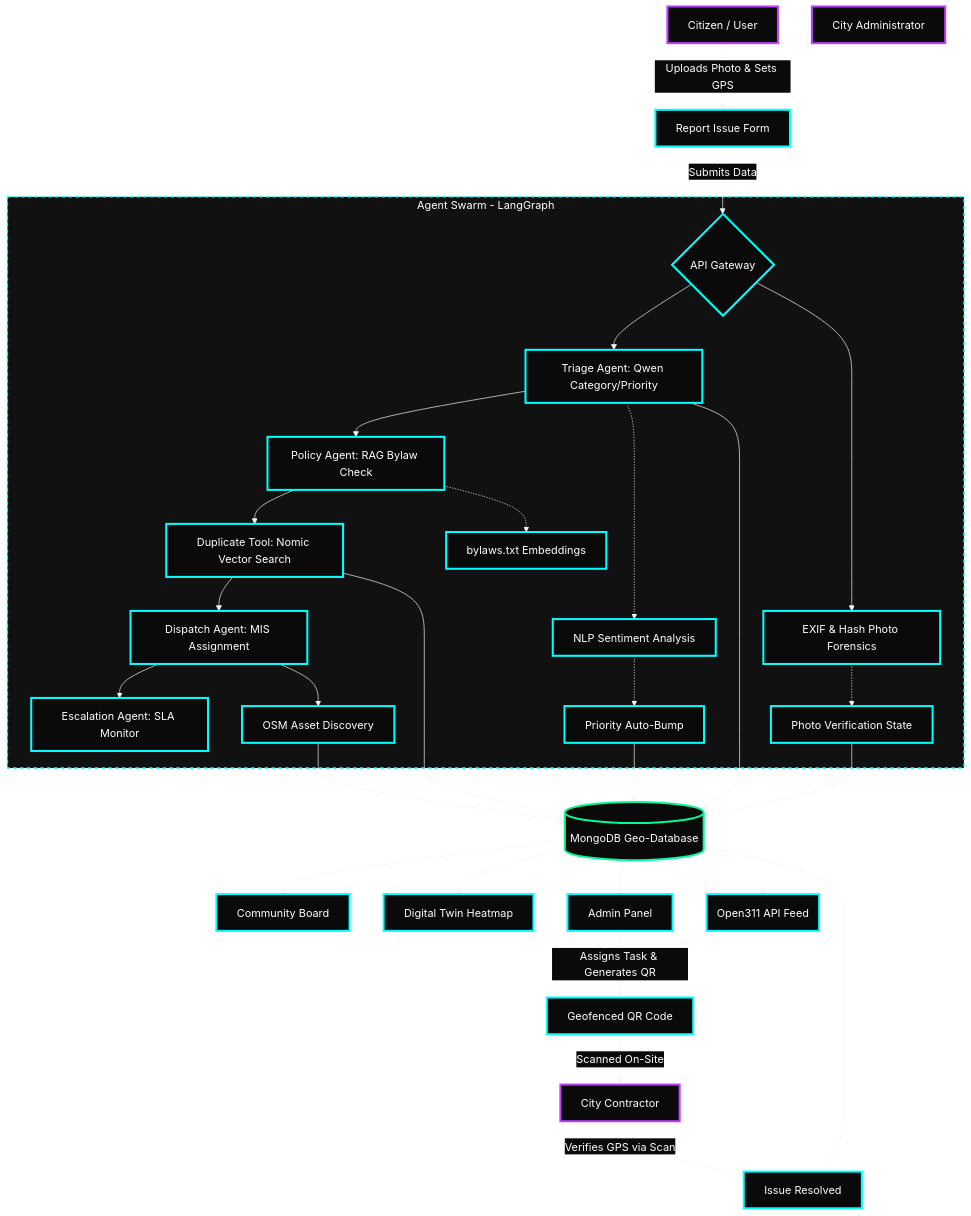
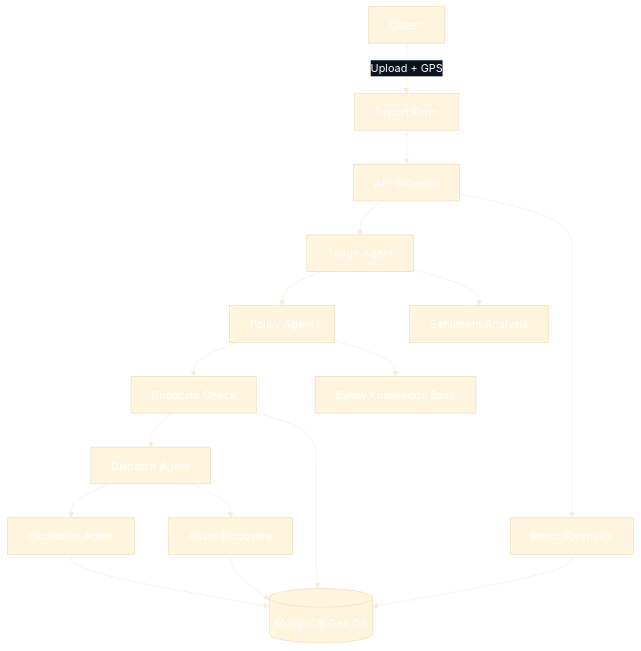
The diagram in README.md (Ytrrs-CraftVerse/CityCare), drawn with Mermaid before and after one commit.

Commit message:
Revise diagram in README.md
Updated the mermaid diagram to reflect changes in the architecture and removed outdated sections.

````diff
--- a/README.md
+++ b/README.md
@@ -90,58 +90,36 @@
 ```mermaid
-%%{init: {'theme': 'base', 'themeVariables': { 'background': '#0a0a0a', 'edgeLabelBackground': '#0a0a0a', 'primaryTextColor': '#ffffff', 'tertiaryTextColor': '#ffffff' }}}%%
+%%{init: {'theme': 'base', 'themeVariables': { 
+'background': '#0b1220',
+'primaryTextColor': '#ffffff',
+'edgeLabelBackground': '#0b1220'
+}}}%%
+
 graph TD
-    %% Roles
-    Citizen[Citizen / User]
-    Contractor[City Contractor]
-    Admin[City Administrator]
 
-    %% Input Nodes
-    Citizen -- "Uploads Photo & Sets GPS" --> ReportForm[Report Issue Form]
-    ReportForm -- "Submits Data" --> Backend{API Gateway}
+%% INPUT
+Citizen -->|Upload + GPS| ReportForm[Report Form]
+ReportForm --> Backend[API Gateway]
 
-    %% Agent Swarm Pipeline (LangGraph)
-    subgraph AgentSwarm [Agent Swarm - LangGraph]
-        Backend --> TriageAgent[Triage Agent: Qwen Category/Priority]
-        TriageAgent --> PolicyAgent[Policy Agent: RAG Bylaw Check]
-        PolicyAgent --> DuplicateCheck[Duplicate Tool: Nomic Vector Search]
-        DuplicateCheck --> DispatchAgent[Dispatch Agent: MIS Assignment]
-        DispatchAgent --> EscalationAgent[Escalation Agent: SLA Monitor]
-        
-        TriageAgent -.-> Sentiment[NLP Sentiment Analysis]
-        PolicyAgent -.-> KnowledgeBase[bylaws.txt Embeddings]
-        Backend --> Forensics[EXIF & Hash Photo Forensics]
-        DispatchAgent --> AssetDiscovery[OSM Asset Discovery]
-        
-        Sentiment -.-> Priority[Priority Auto-Bump]
-        Forensics -.-> Verification[Photo Verification State]
-    end
+%% CORE PIPELINE
+Backend --> Triage[Triage Agent]
+Triage --> Policy[Policy Agent]
+Policy --> Duplicate[Duplicate Check]
+Duplicate --> Dispatch[Dispatch Agent]
+Dispatch --> Escalation[Escalation Agent]
 
-    %% Data Storage
-    Priority --> DB[(MongoDB Geo-Database)]
-    DuplicateCheck --> DB
-    TriageAgent --> DB
-    Verification --> DB
-    AssetDiscovery --> DB
+%% SUPPORT (placed near parents)
+Triage --> Sentiment[Sentiment Analysis]
+Policy --> Knowledge[Bylaw Knowledge Base]
+Dispatch --> Assets[Asset Discovery]
 
-    %% Output & Management
-    DB --> Dashboard[Community Board]
-    DB --> DigitalTwin[Digital Twin Heatmap]
-    DB --> AdminPanel[Admin Panel]
+%% SIDE PROCESS (no long loop)
+Backend --> Forensics[Photo Forensics]
 
-    %% Governance & Resolution
-    AdminPanel -- "Assigns Task & Generates QR" --> QRPayload[Geofenced QR Code]
-    QRPayload -- "Scanned On-Site" --> Contractor
-    Contractor -- "Verifies GPS via Scan" --> Resolution[Issue Resolved]
-    Resolution --> DB
-    
-    %% Output Feeds
-    DB -.-> Open311(Open311 API Feed)
-    
-    classDef default fill:#0a0a0a,stroke:#0ff,stroke-width:3px,color:#fff,rx:0,ry:0;
-    classDef database fill:#0a0a0a,stroke:#00fa9a,stroke-width:3px,color:#fff,rx:0,ry:0;
-    classDef user fill:#0a0a0a,stroke:#bf40ff,stroke-width:3px,color:#fff,rx:0,ry:0;
-    style AgentSwarm fill:#111,stroke:#0ff,stroke-width:2px,stroke-dasharray: 5 5,color:#fff;
-    
-    class Citizen,Contractor,Admin user;
-    class DB database;
+%% DATABASE (single direction only)
+DB[(MongoDB Geo DB)]
+
+Escalation --> DB
+Forensics --> DB
+Assets --> DB
+Duplicate --> DB
 ```
````
